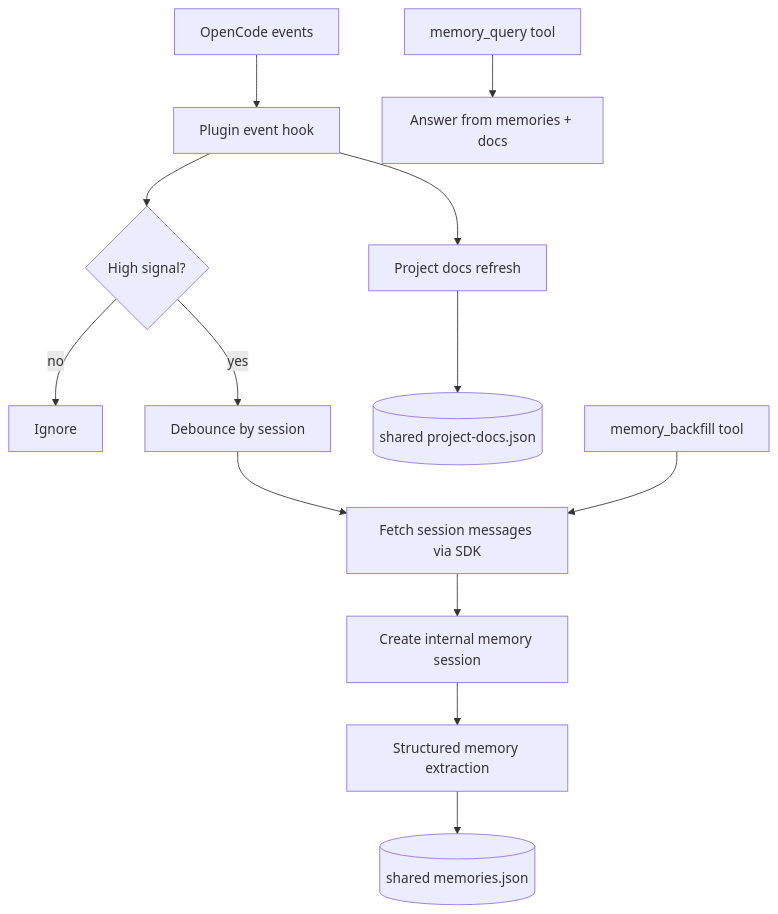
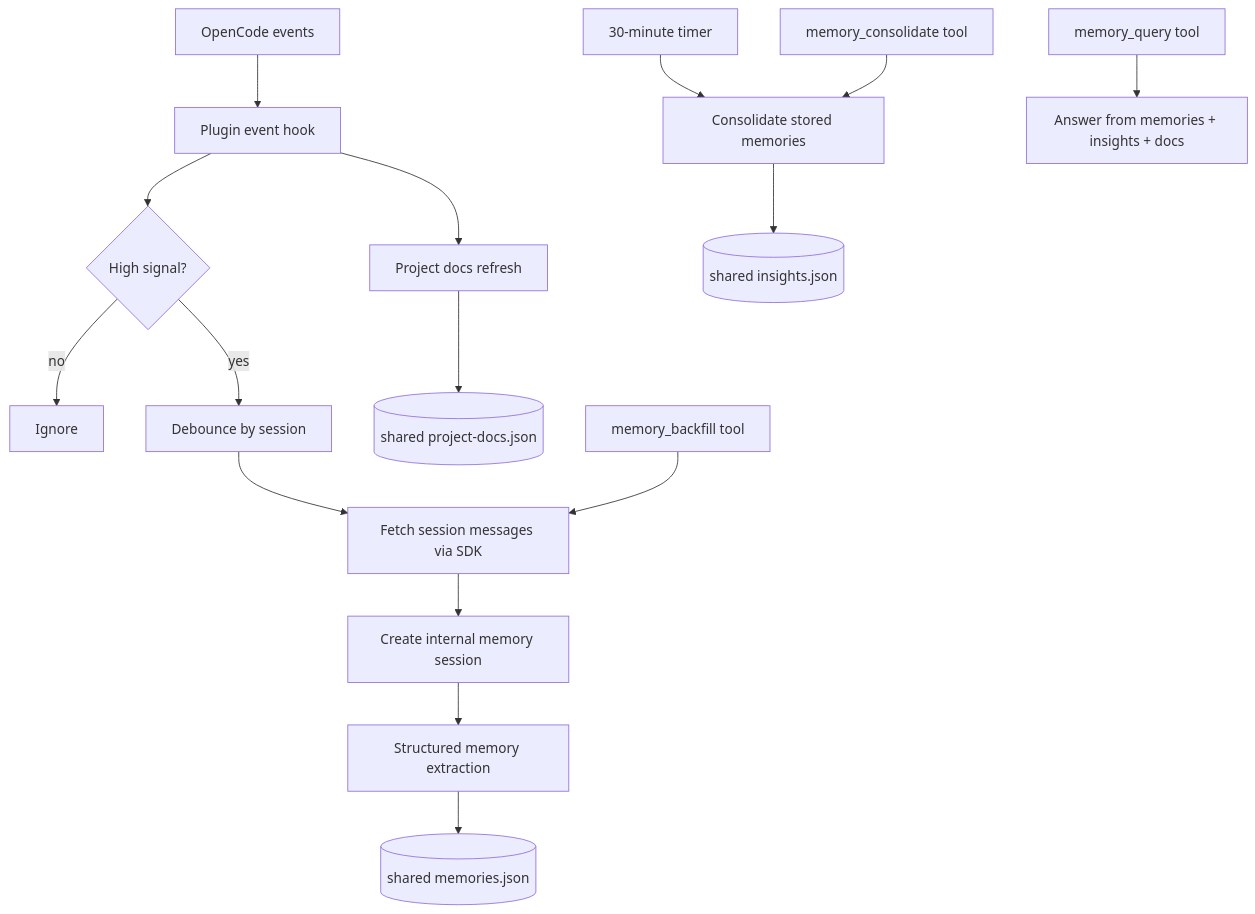
Before and after one commit to rothnic/opencode-memory-agent: the diagram in src/content/docs/guides/opencode-memory-agent-outline.mdx, drawn with Mermaid. The commit also changed other lines of this file and 14 other files, not shown here.

````diff
--- a/src/content/docs/guides/opencode-memory-agent-outline.mdx
+++ b/src/content/docs/guides/opencode-memory-agent-outline.mdx
@@ -25,15 +27,18 @@
 ```mermaid
 flowchart TD
     A[OpenCode events] --> B[Plugin event hook]
     B --> C{High signal?}
     C -- no --> D[Ignore]
     C -- yes --> E[Debounce by session]
     E --> F[Fetch session messages via SDK]
     F --> G[Create internal memory session]
     G --> H[Structured memory extraction]
     H --> I[(shared memories.json)]
+    O[30-minute timer] --> P[Consolidate stored memories]
+    P --> Q[(shared insights.json)]
     B --> J[Project docs refresh]
     J --> K[(shared project-docs.json)]
     L[memory_backfill tool] --> F
-    M[memory_query tool] --> N[Answer from memories + docs]
+    M[memory_consolidate tool] --> P
+    N[memory_query tool] --> R[Answer from memories + insights + docs]
 ```
````
